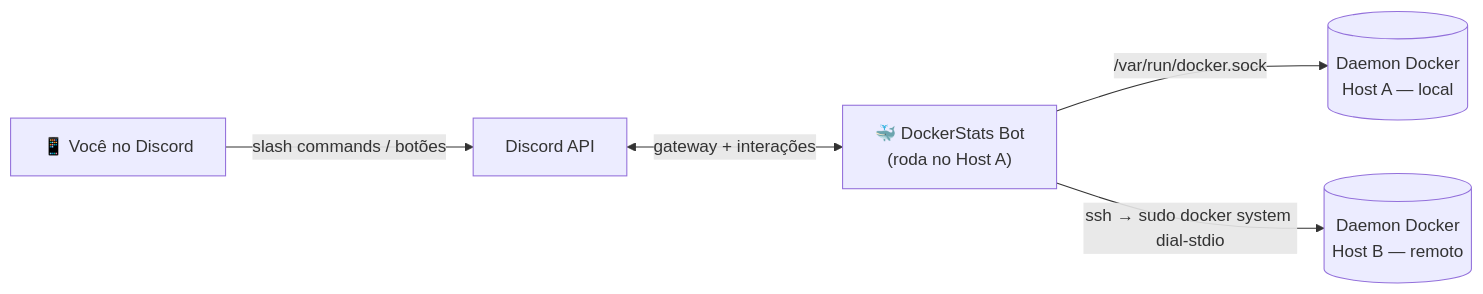
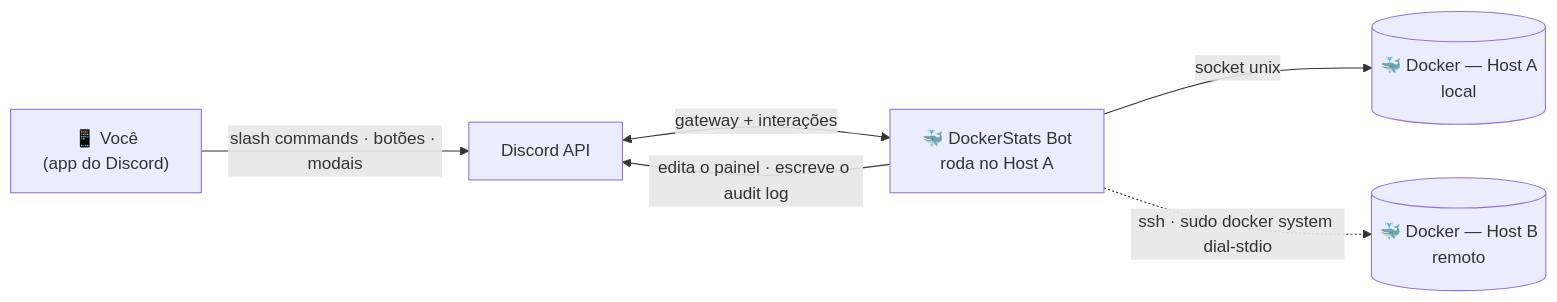
Before and after one commit to the-eduardo/DockerStats-Discord-Bot: the first of 4 diagrams in README.pt-BR.md, drawn with Mermaid. The commit also changed other lines of this file and 2 other files, not shown here.

Commit message:
docs: READMEs reestruturados (EN) com diagramas de arquitetura/roteamento + PT-BR alinhado + novo README.es (Espanhol LatAm)

````diff
--- a/README.pt-BR.md
+++ b/README.pt-BR.md
@@ -92,7 +98,8 @@
 ```mermaid
 flowchart LR
-    U["📱 Você no Discord"] -->|slash commands / botões| DG["Discord API"]
-    DG <-->|gateway + interações| BOT["🐳 DockerStats Bot<br/>(roda no Host A)"]
-    BOT -->|/var/run/docker.sock| D1[("Daemon Docker<br/>Host A — local")]
-    BOT -->|"ssh → sudo docker system dial-stdio"| D2[("Daemon Docker<br/>Host B — remoto")]
+    U["📱 Você<br/>(app do Discord)"] -->|"slash commands · botões · modais"| API["Discord API"]
+    API <-->|"gateway + interações"| BOT["🐳 DockerStats Bot<br/>roda no Host A"]
+    BOT -->|"edita o painel · escreve o audit log"| API
+    BOT -->|"socket unix"| DA[("🐳 Docker — Host A<br/>local")]
+    BOT -.->|"ssh · sudo docker system dial-stdio"| DB[("🐳 Docker — Host B<br/>remoto")]
 ```
````
